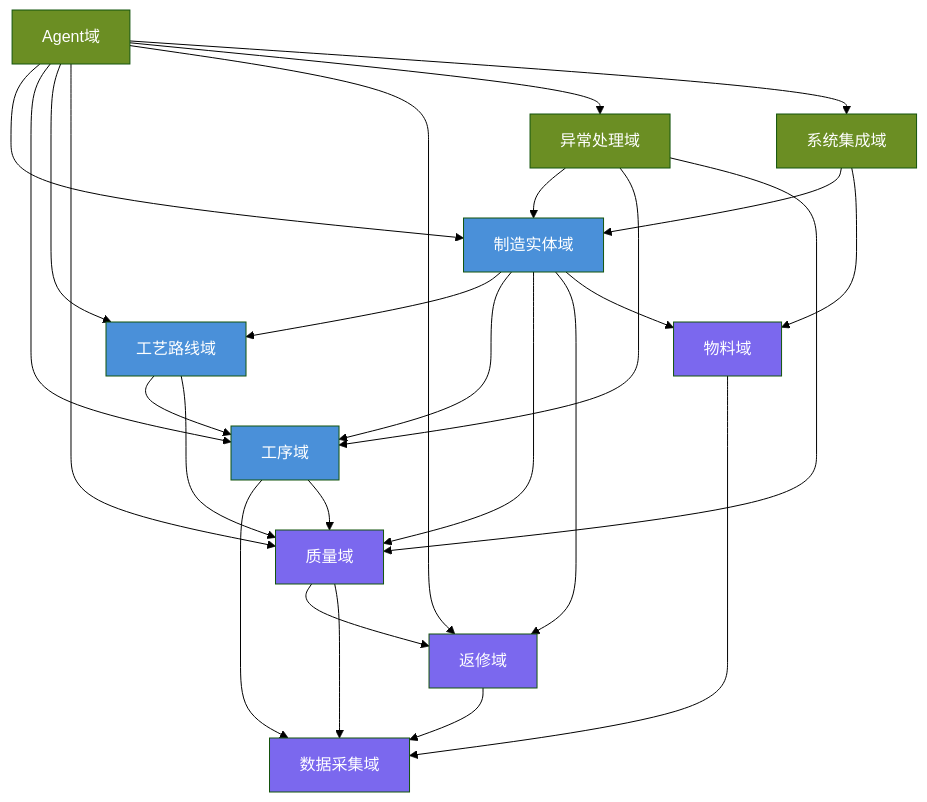
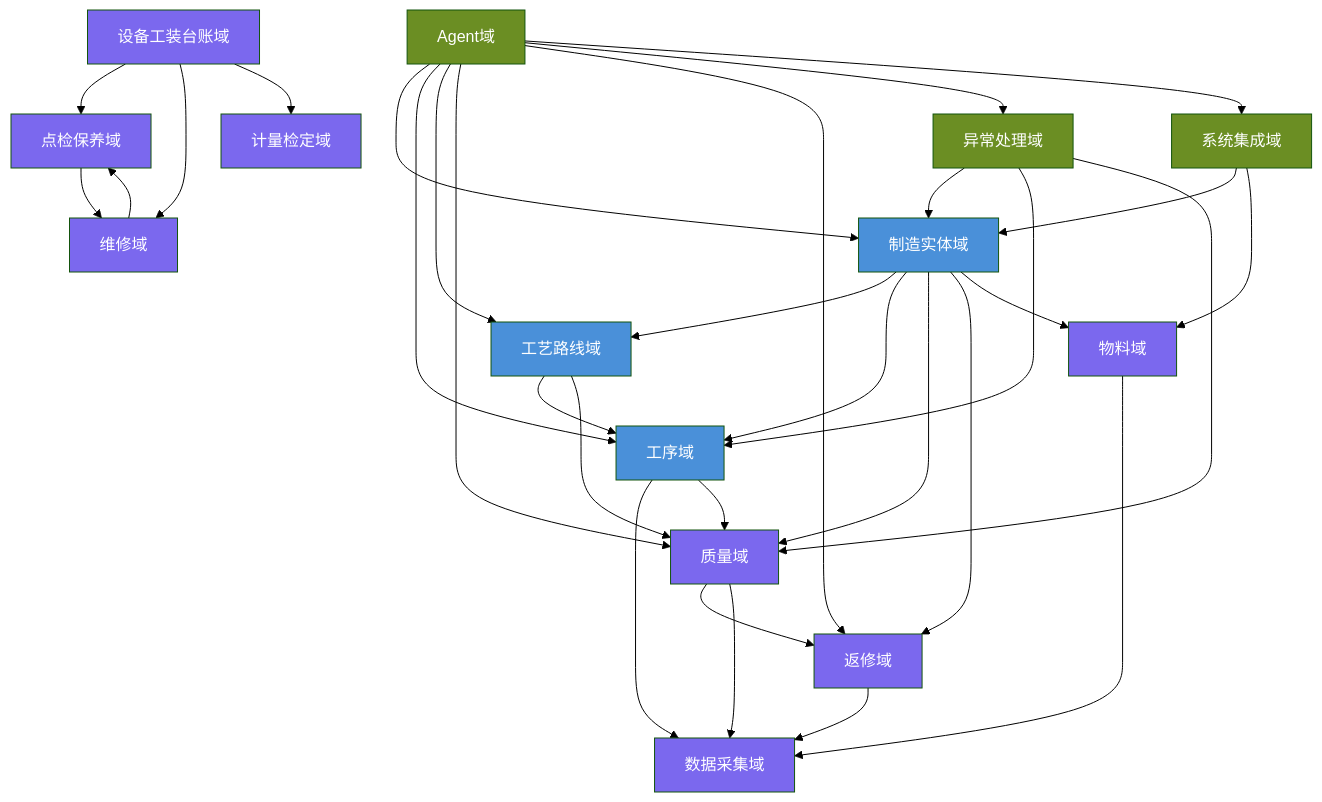
Before and after one commit to kirby202111/factorybot-docs: the diagram in MES领域模型/DDD领域总览.md, drawn with Mermaid (forest theme). The commit also changed other lines of this file and 9 other files, not shown here.

````diff
--- a/MES领域模型/DDD领域总览.md
+++ b/MES领域模型/DDD领域总览.md
@@ -38,47 +42,57 @@
 ```mermaid
 graph TB
     ENTITY[制造实体域] --> ROUTE[工艺路线域]
     ENTITY --> STEP[工序域]
     ENTITY --> QUALITY[质量域]
     ENTITY --> REWORK[返修域]
     ENTITY --> MATERIAL[物料域]
 
     ROUTE --> STEP
     ROUTE --> QUALITY
 
     STEP --> DATA[数据采集域]
     STEP --> QUALITY
 
     QUALITY --> REWORK
     QUALITY --> DATA
 
     REWORK --> DATA
 
     MATERIAL --> DATA
 
     EXCEPTION[异常处理域] --> ENTITY
     EXCEPTION --> STEP
     EXCEPTION --> QUALITY
 
     INTEGRATION[系统集成域] --> ENTITY
     INTEGRATION --> MATERIAL
 
+    ASSET[设备工装台账域] --> PM[点检保养域]
+    ASSET --> REPAIR[维修域]
+    ASSET --> CAL[计量检定域]
+    PM --> REPAIR
+    REPAIR --> PM
+
     AGENT[Agent域] --> ENTITY
     AGENT --> STEP
     AGENT --> ROUTE
     AGENT --> QUALITY
     AGENT --> REWORK
     AGENT --> EXCEPTION
     AGENT --> INTEGRATION
 
     style ENTITY fill:#4a90d9,color:#fff
     style STEP fill:#4a90d9,color:#fff
     style ROUTE fill:#4a90d9,color:#fff
     style QUALITY fill:#7b68ee,color:#fff
     style REWORK fill:#7b68ee,color:#fff
     style DATA fill:#7b68ee,color:#fff
     style MATERIAL fill:#7b68ee,color:#fff
+    style ASSET fill:#7b68ee,color:#fff
+    style PM fill:#7b68ee,color:#fff
+    style REPAIR fill:#7b68ee,color:#fff
+    style CAL fill:#7b68ee,color:#fff
     style EXCEPTION fill:#6b8e23,color:#fff
     style INTEGRATION fill:#6b8e23,color:#fff
     style AGENT fill:#6b8e23,color:#fff
 ```
````
